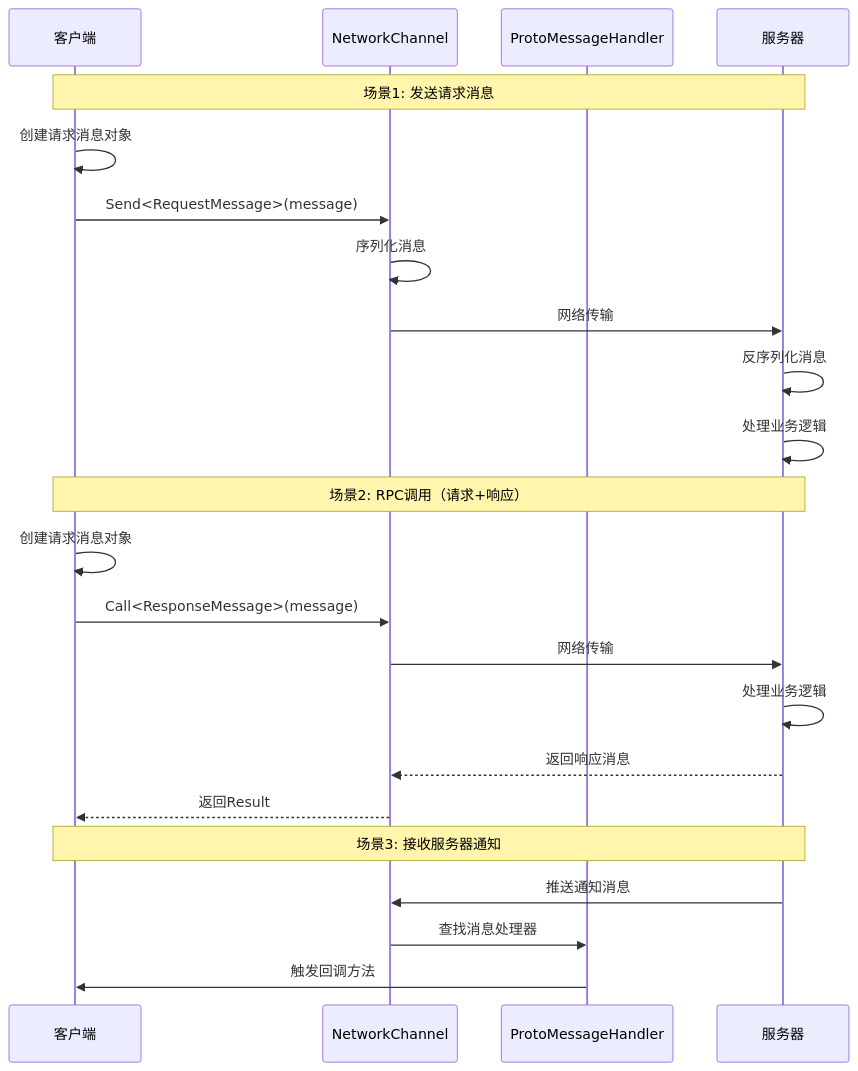
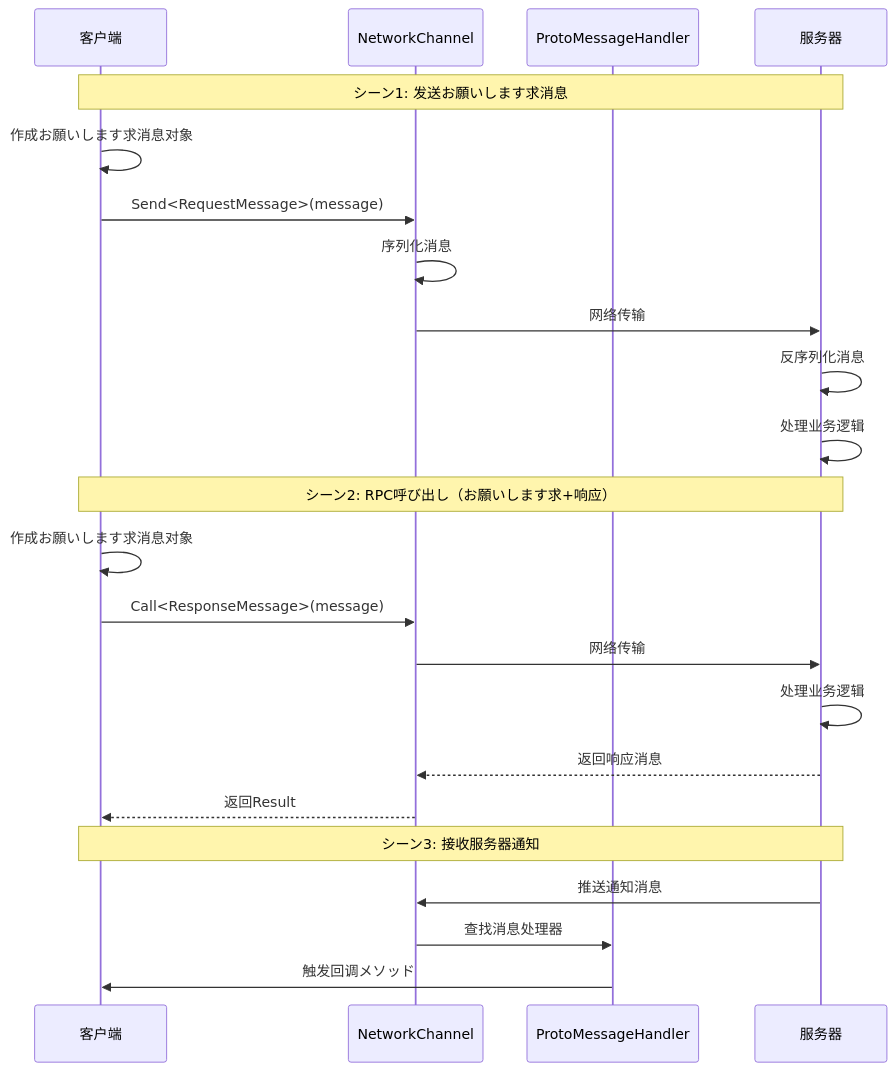
One commit to AlianBlank/GameFrameX.Docs changed the second of 2 diagrams in docs/ja/client/unity/component/network/06.message-types.md. Above: the diagram before and after it, drawn with Mermaid. The commit also changed other lines of this file and 603 other files, not shown here.

````diff
--- a/docs/ja/client/unity/component/network/06.message-types.md
+++ b/docs/ja/client/unity/component/network/06.message-types.md
@@ -65,28 +65,28 @@
 ```mermaid
 sequenceDiagram
     participant C as 客户端
     participant N as NetworkChannel
     participant H as ProtoMessageHandler
     participant S as 服务器
 
-    Note over C,S: 场景1: 发送请求消息
-    C->>C: 创建请求消息对象
+    Note over C,S: シーン1: 发送お願いします求消息
+    C->>C: 作成お願いします求消息对象
     C->>N: Send<RequestMessage>(message)
     N->>N: 序列化消息
     N->>S: 网络传输
     S->>S: 反序列化消息
     S->>S: 处理业务逻辑
 
-    Note over C,S: 场景2: RPC调用（请求+响应）
-    C->>C: 创建请求消息对象
+    Note over C,S: シーン2: RPC呼び出し（お願いします求+响应）
+    C->>C: 作成お願いします求消息对象
     C->>N: Call<ResponseMessage>(message)
     N->>S: 网络传输
     S->>S: 处理业务逻辑
     S-->>N: 返回响应消息
     N-->>C: 返回Result
 
-    Note over C,S: 场景3: 接收服务器通知
+    Note over C,S: シーン3: 接收服务器通知
     S->>N: 推送通知消息
     N->>H: 查找消息处理器
-    H->>C: 触发回调方法
+    H->>C: 触发回调メソッド
 ```
````
